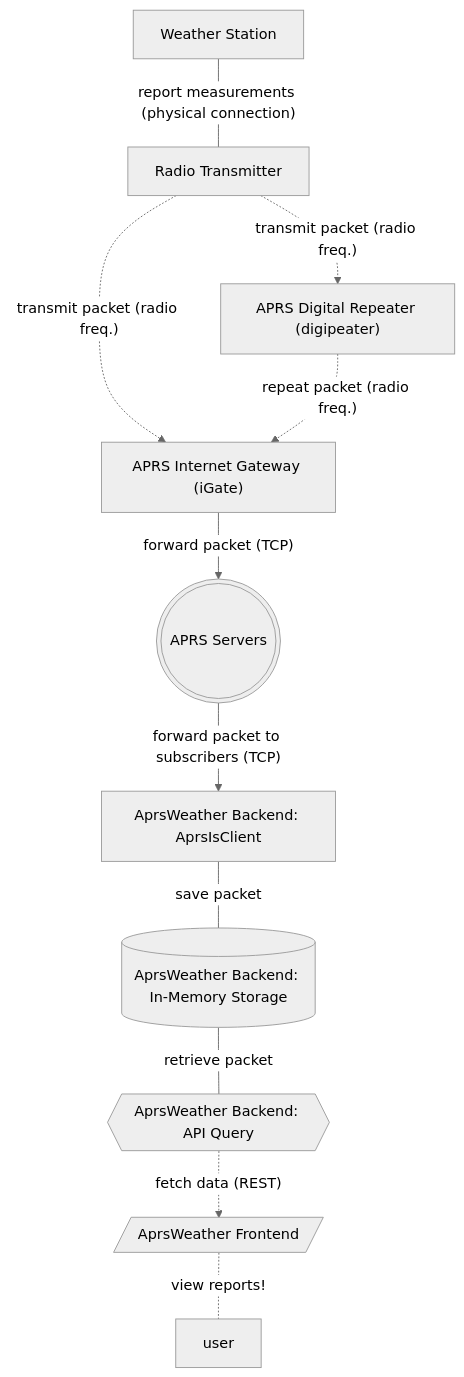
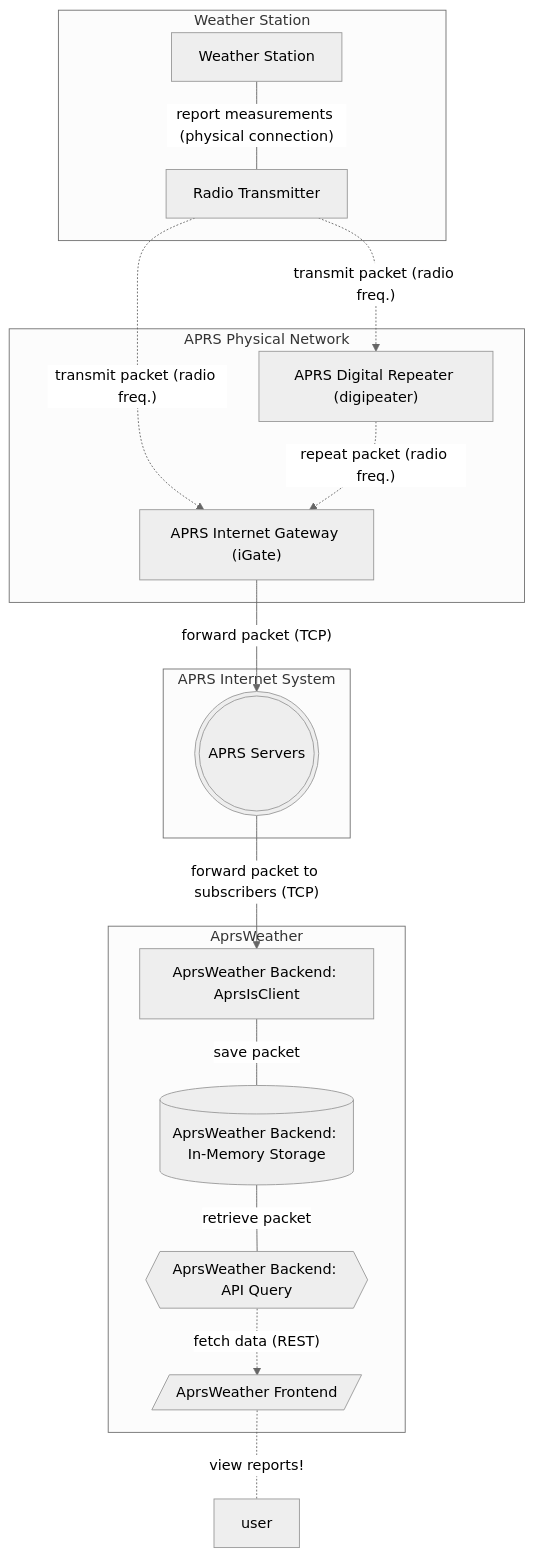
The second of 2 diagrams in README.md (CBielstein/AprsWeather), drawn with Mermaid (neutral theme) before and after one commit.

Commit message:
Add subgraphs to flowchart to delinate systems

````diff
--- a/README.md
+++ b/README.md
@@ -69,27 +69,39 @@
 ```mermaid
 flowchart TD
 
-    station["Weather Station"]
-    digi["APRS Digital Repeater (digipeater)"]
-    radio["Radio Transmitter"]
-    igate["APRS Internet Gateway (iGate)"]
-    aprsIs((("APRS Servers")))
-    backend["AprsWeather Backend: AprsIsClient"]
-    db[("AprsWeather Backend: In-Memory Storage")]
-    api{{"AprsWeather Backend: API Query"}}
-    frontend[/"AprsWeather Frontend"/]
+    subgraph weatherStation [Weather Station]
+        station["Weather Station"]
+        radio["Radio Transmitter"]
+    end
+
+    subgraph aprsPhysical [APRS Physical Network]
+        digi["APRS Digital Repeater (digipeater)"]
+        igate["APRS Internet Gateway (iGate)"]
+    end
+
+    subgraph aprsIsSystem [APRS Internet System]
+        aprsIs((("APRS Servers")))
+    end
+
+    subgraph aprsWeather [AprsWeather]
+        backend["AprsWeather Backend: AprsIsClient"]
+        db[("AprsWeather Backend: In-Memory Storage")]
+        api{{"AprsWeather Backend: API Query"}}
+        frontend[/"AprsWeather Frontend"/]
+    end
+
     user["user"]
 
     station-- report measurements (physical connection) ---radio
     radio-. "transmit packet (radio freq.)" .->digi
     radio-. "transmit packet (radio freq.)" .->igate
     digi-. "repeat packet (radio freq.)" .->igate
 
     igate-- forward packet (TCP)  -->aprsIs
     aprsIs-- forward packet to subscribers (TCP) -->backend
 
     backend-- save packet ---db
     db-- retrieve packet ---api
     api-. fetch data (REST) .->frontend
     frontend-. "view reports!" .-user
 ```
````
